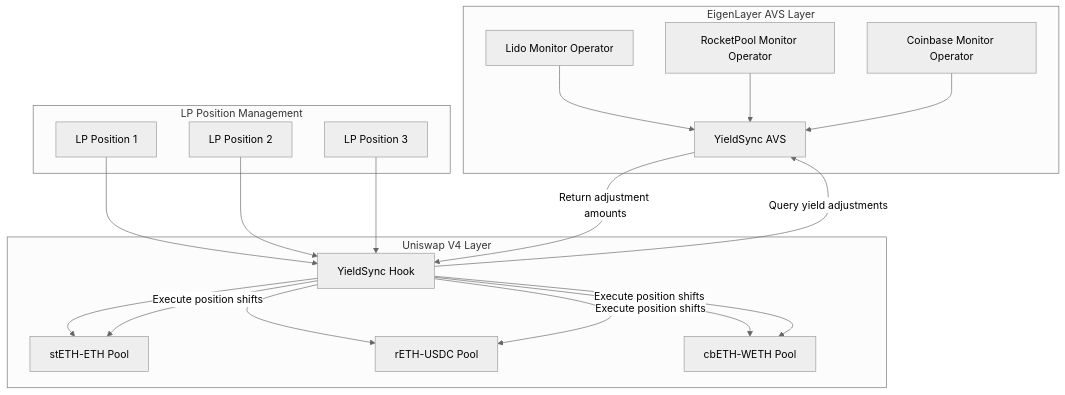
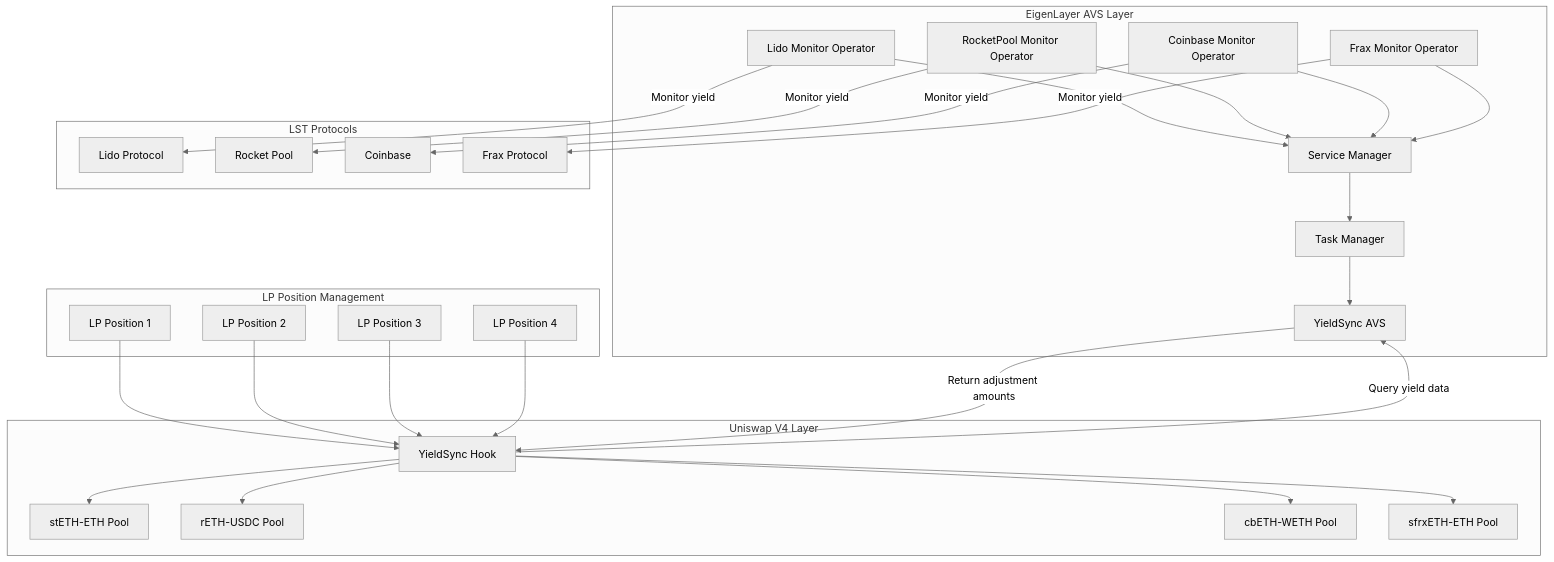
Before and after one commit to Najnomics/YieldSync-Hook: the first of 2 diagrams in README.md, drawn with Mermaid (neutral theme). The commit also changed other lines of this file and 10 other files, not shown here.

````diff
--- a/README.md
+++ b/README.md
@@ -41,34 +50,54 @@
 ```mermaid
 graph TB
     subgraph "EigenLayer AVS Layer"
         AVS[YieldSync AVS]
+        SM[Service Manager]
+        TM[Task Manager]
         O1[Lido Monitor Operator]
         O2[RocketPool Monitor Operator] 
         O3[Coinbase Monitor Operator]
-        O1 --> AVS
-        O2 --> AVS
-        O3 --> AVS
+        O4[Frax Monitor Operator]
+        
+        SM --> TM
+        O1 --> SM
+        O2 --> SM
+        O3 --> SM
+        O4 --> SM
+        TM --> AVS
     end
     
     subgraph "Uniswap V4 Layer"
         Hook[YieldSync Hook]
         Pool1[stETH-ETH Pool]
         Pool2[rETH-USDC Pool]
         Pool3[cbETH-WETH Pool]
+        Pool4[sfrxETH-ETH Pool]
+        
         Hook --> Pool1
         Hook --> Pool2  
         Hook --> Pool3
+        Hook --> Pool4
     end
     
     subgraph "LP Position Management"
         LP1[LP Position 1] --> Hook
         LP2[LP Position 2] --> Hook
         LP3[LP Position 3] --> Hook
-        Hook --> |"Query yield adjustments"| AVS
-        AVS --> |"Return adjustment amounts"| Hook
+        LP4[LP Position 4] --> Hook
+        
+        Hook -->|"Query yield data"| AVS
+        AVS -->|"Return adjustment amounts"| Hook
     end
     
-    Hook --> |"Execute position shifts"| Pool1
-    Hook --> |"Execute position shifts"| Pool2
-    Hook --> |"Execute position shifts"| Pool3
+    subgraph "LST Protocols"
+        Lido[Lido Protocol]
+        Rocket[Rocket Pool]
+        Coinbase[Coinbase]
+        Frax[Frax Protocol]
+        
+        O1 -->|"Monitor yield"| Lido
+        O2 -->|"Monitor yield"| Rocket
+        O3 -->|"Monitor yield"| Coinbase
+        O4 -->|"Monitor yield"| Frax
+    end
 ```
````
